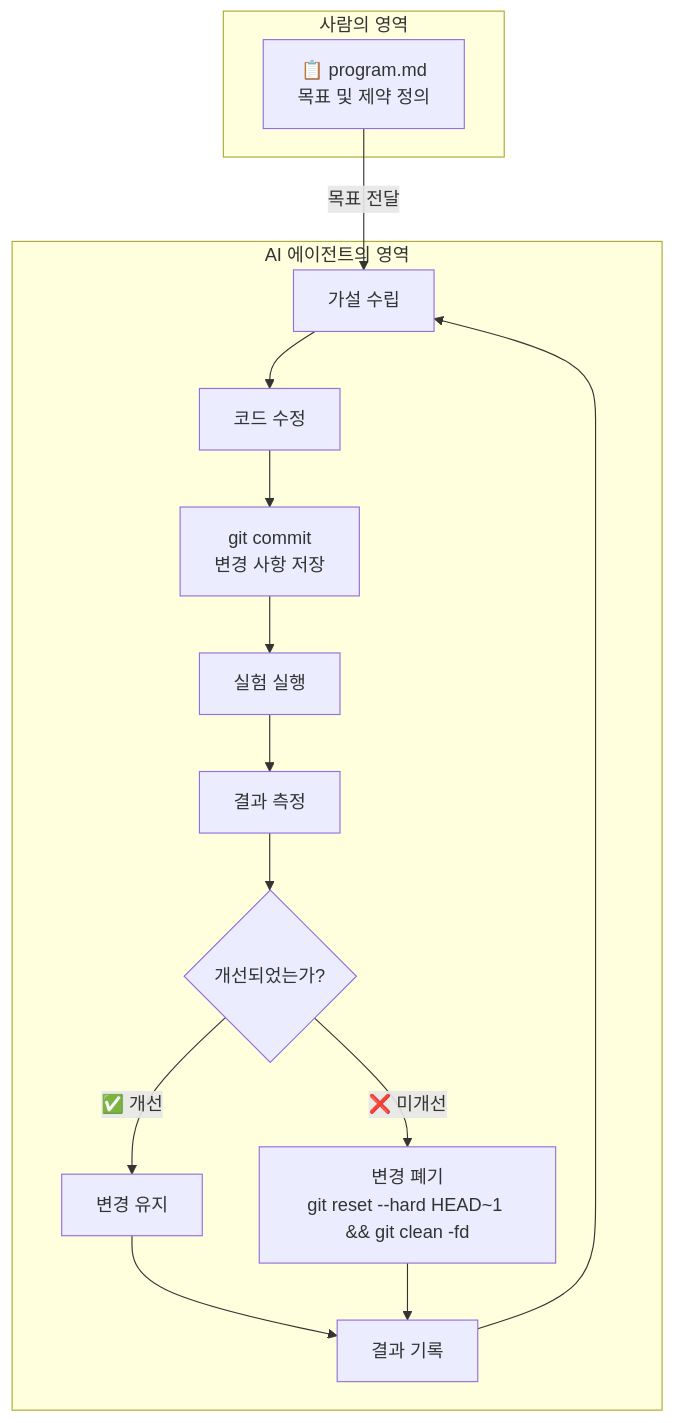
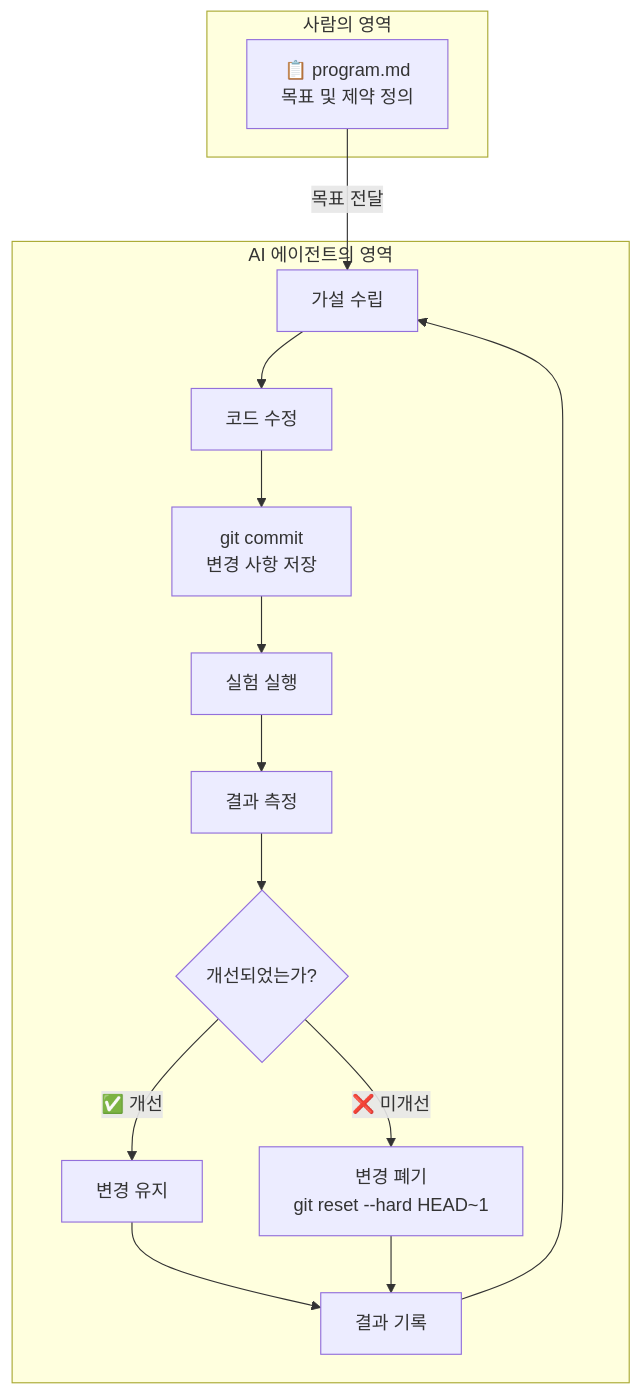
Before and after one commit to kimchanhyung98/agentic-workflows: the first of 3 diagrams in docs/auto-improve/01-auto-improve-loop.md, drawn with Mermaid. The commit also changed other lines of this file, not shown here.

First line of the commit message:
fix(docs): correct Mermaid syntax and content accuracy in auto-improve docs

````diff
--- a/docs/auto-improve/01-auto-improve-loop.md
+++ b/docs/auto-improve/01-auto-improve-loop.md
@@ -13,21 +13,21 @@
 ```mermaid
 graph TD
     subgraph 사람의 영역
-        A[📋 program.md<br/>목표 및 제약 정의]
+        A["📋 program.md<br/>목표 및 제약 정의"]
     end
 
     subgraph AI 에이전트의 영역
         B[가설 수립] --> C[코드 수정]
-        C --> D[git commit<br/>변경 사항 저장]
+        C --> D["git commit<br/>변경 사항 저장"]
         D --> E[실험 실행]
         E --> F[결과 측정]
         F --> G{개선되었는가?}
         G -->|✅ 개선| H[변경 유지]
-        G -->|❌ 미개선| I[변경 폐기<br/>git reset --hard HEAD~1 && git clean -fd]
+        G -->|❌ 미개선| I["변경 폐기<br/>git reset --hard HEAD~1"]
         H --> J[결과 기록]
         I --> J
         J --> B
     end
 
     A -->|목표 전달| B
 ```
````
